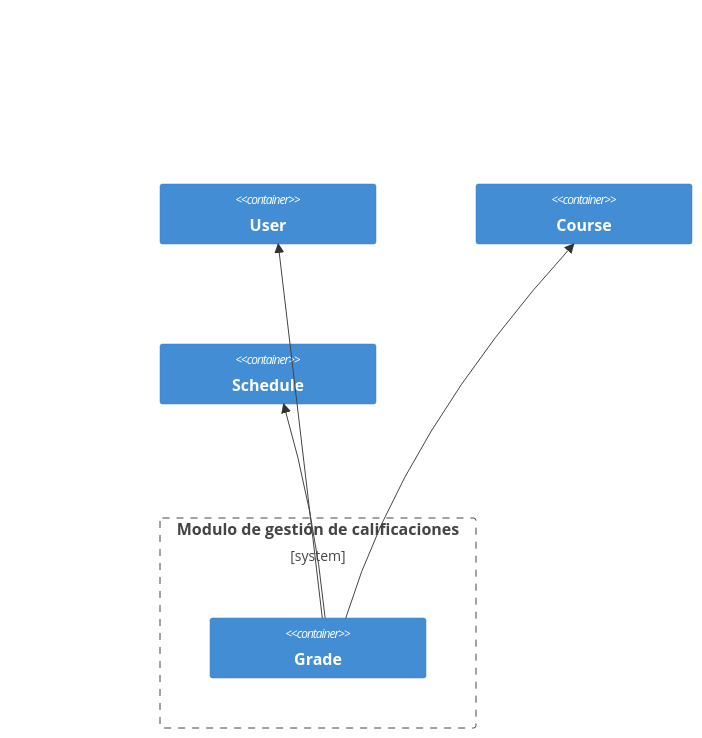
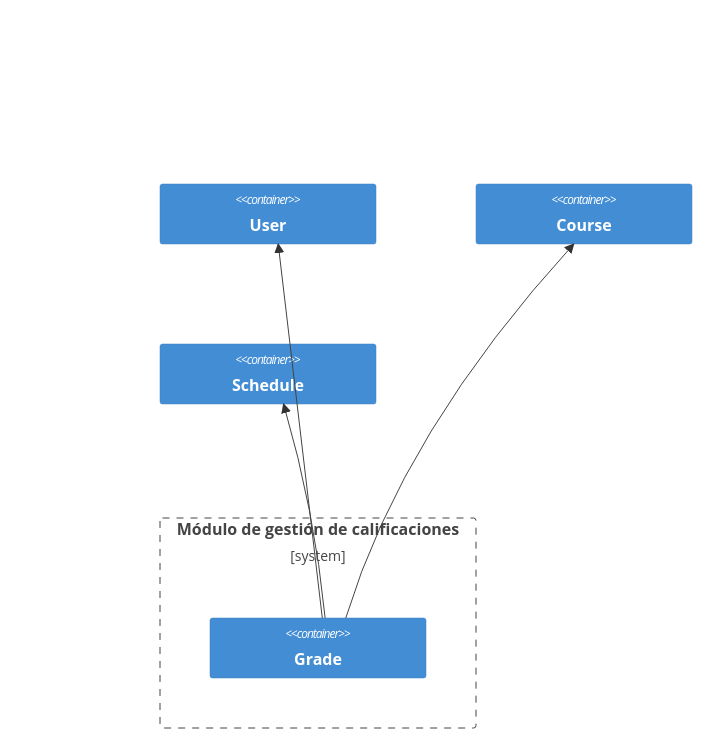
The third of 5 diagrams in 03_Comunicación/ejemplo/README.md (rmasad/microservicios), drawn with Mermaid before and after one commit. The commit also changed other lines of this file and 84 other files, not shown here.

````diff
--- a/03_Comunicación/ejemplo/README.md
+++ b/03_Comunicación/ejemplo/README.md
@@ -310,14 +313,14 @@
 ```mermaid
     C4Context
-      Boundary(b2, "Modulo de gestión de calificaciones") {
+      Boundary(b2, "Módulo de gestión de calificaciones") {
         Container(grades, "Grade")
       }
 
       Container(users, "User")
       Container(courses, "Course")
       Container(schedules, "Schedule")
 
       Rel(grades, users, "")
       Rel(grades, courses, "")
       Rel(grades, schedules, "")
 ```
````
